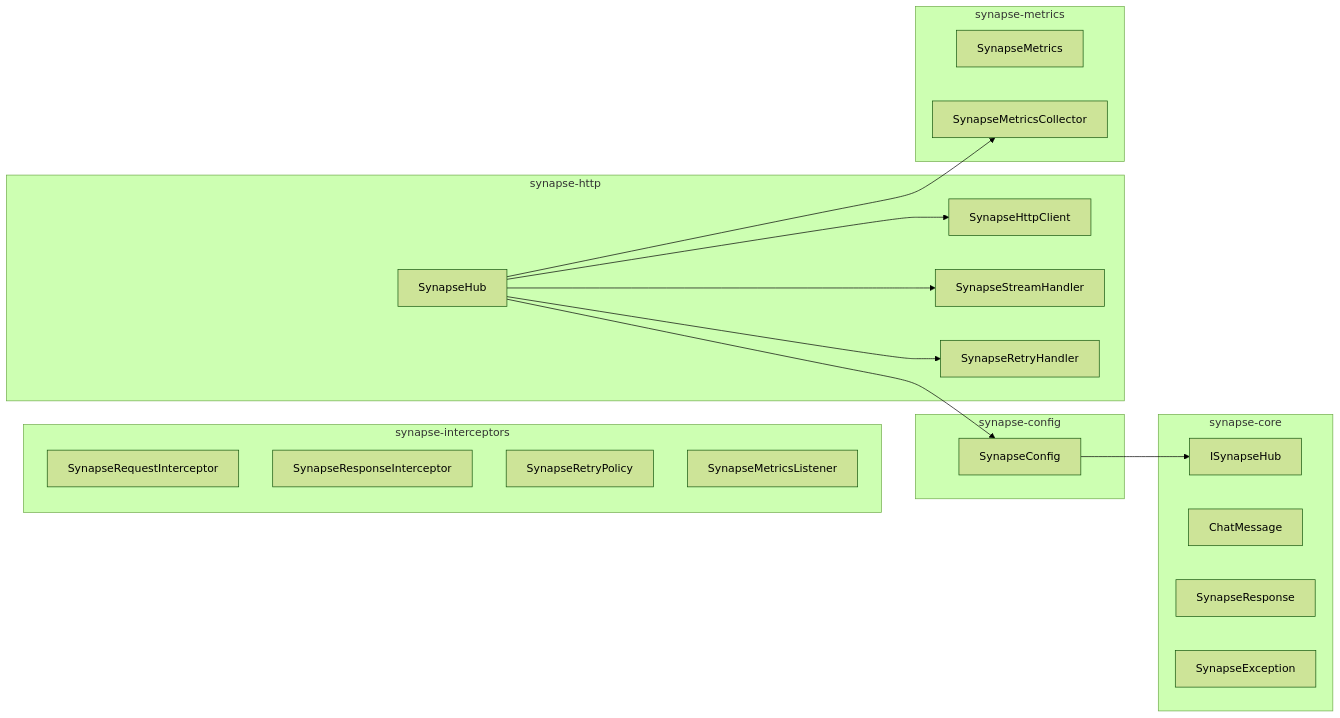
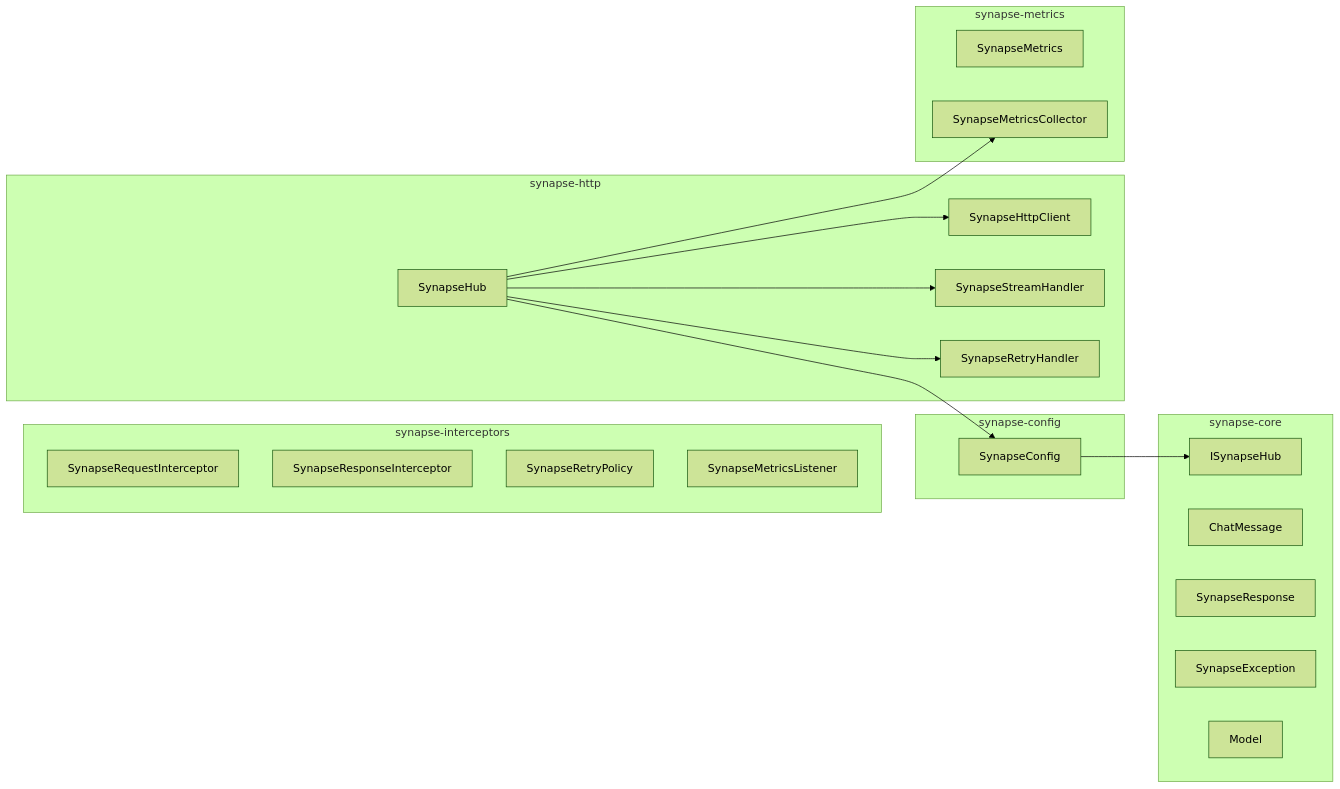
One commit to Abhiramrathod/synapse changed the second of 7 diagrams in README.md. Above: the diagram before and after it, drawn with Mermaid (forest theme). The commit also changed other lines of this file and 6 other files, not shown here.

````diff
--- a/README.md
+++ b/README.md
@@ -81,39 +81,40 @@
 ```mermaid
 graph LR
     subgraph "synapse-core"
         ISynapseHub
         ChatMessage
         SynapseResponse
         SynapseException
+        Model
     end
     
     subgraph "synapse-interceptors"
         SynapseRequestInterceptor
         SynapseResponseInterceptor
         SynapseRetryPolicy
         SynapseMetricsListener
     end
     
     subgraph "synapse-config"
         SynapseConfig
     end
     
     subgraph "synapse-http"
         SynapseHub
         SynapseHttpClient
         SynapseStreamHandler
         SynapseRetryHandler
     end
     
     subgraph "synapse-metrics"
         SynapseMetrics
         SynapseMetricsCollector
     end
     
     SynapseConfig --> ISynapseHub
     SynapseHub --> SynapseConfig
     SynapseHub --> SynapseHttpClient
     SynapseHub --> SynapseStreamHandler
     SynapseHub --> SynapseRetryHandler
     SynapseHub --> SynapseMetricsCollector
 ```
````
